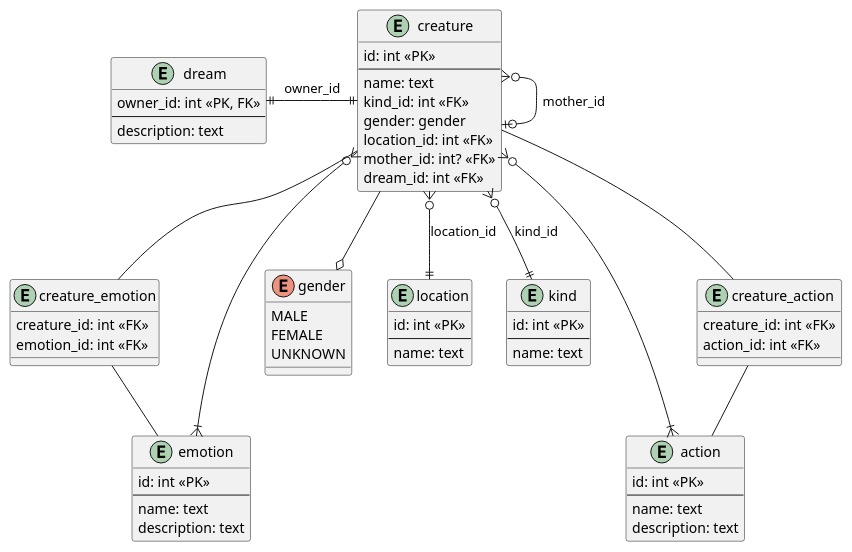
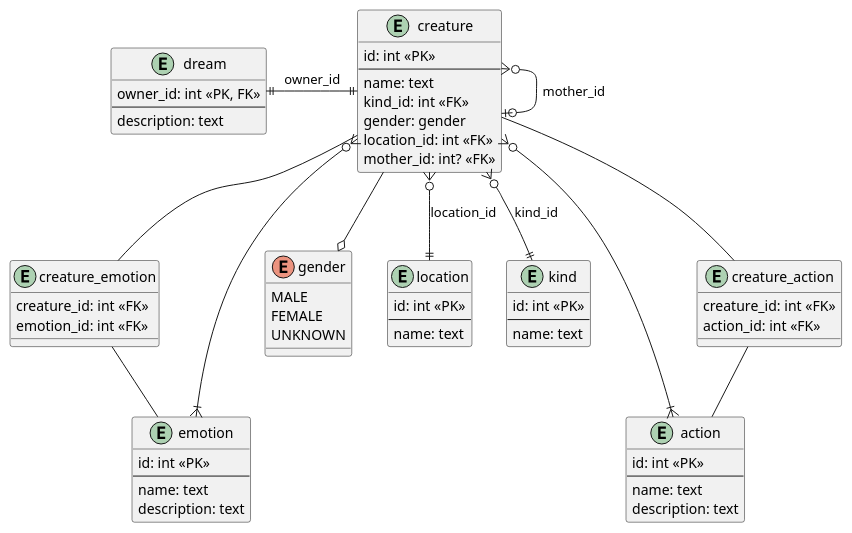
Before and after one commit to vityaman-edu/db-labs-basic: the diagram in doc/lab-1/fig/entity.puml, drawn with PlantUML. The commit also changed 4 other files, not shown here.

```diff
--- a/doc/lab-1/fig/entity.puml
+++ b/doc/lab-1/fig/entity.puml
@@ -1,77 +1,76 @@
 @startuml Lab 1 Entity-Relation Diagram
 
 entity creature {
     id: int <<PK>>
     --
     name: text
     kind_id: int <<FK>>
     gender: gender
     location_id: int <<FK>>
     mother_id: int? <<FK>>
-    dream_id: int <<FK>>
 }
 
 entity dream { 
     owner_id: int <<PK, FK>>
     --
     description: text
 }
 
 entity emotion {
     id: int <<PK>>
     --
     name: text
     description: text
 }
 
 entity action {
     id: int <<PK>>
     --
     name: text
     description: text
 }
 
 enum gender {
     MALE
     FEMALE
     UNKNOWN
 }
 
 entity location {
     id: int <<PK>>
     --
     name: text
 }
 
 entity kind {
     id: int <<PK>>
     --
     name: text
 }
 
 entity creature_emotion {
     creature_id: int <<FK>>
     emotion_id: int <<FK>>
 }
 
 entity creature_action {
     creature_id: int <<FK>>
     action_id: int <<FK>>
 }
 
 creature }o-d-||kind : kind_id
 creature }o-d-||location : location_id
 creature }o-d-o| creature : mother_id
 creature ||-l-|| dream : owner_id
 
 creature }o-d-|{ emotion
 creature -- creature_emotion
 creature_emotion -- emotion
 
 creature }o-d-|{ action
 creature -- creature_action
 creature_action -- action
 
 creature --o gender
 
 @enduml
```
